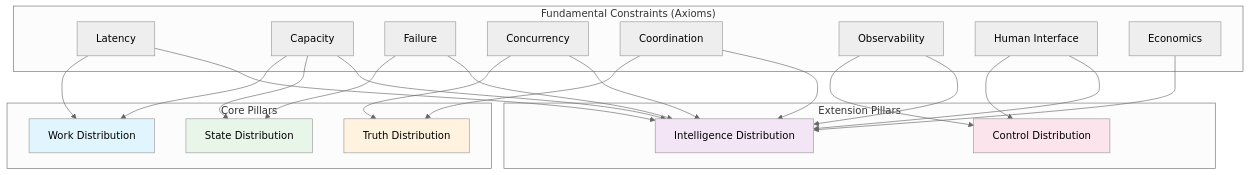
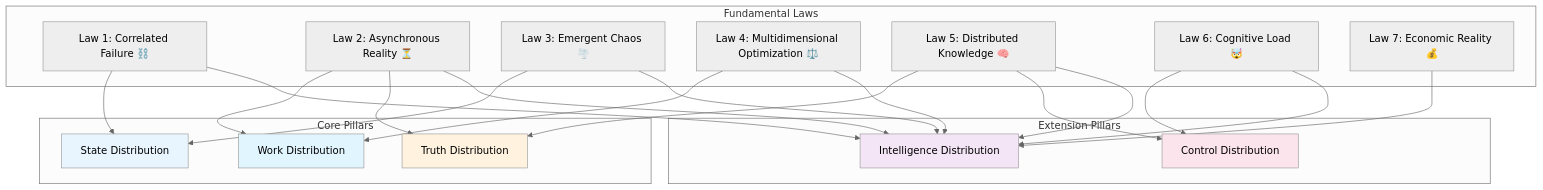
The first of 3 diagrams in docs/part2-pillars/index.md (deepaucksharma/DStudio), drawn with Mermaid (neutral theme) before and after one commit. The commit also changed other lines of this file and 103 other files, not shown here.

````diff
--- a/docs/part2-pillars/index.md
+++ b/docs/part2-pillars/index.md
@@ -51,36 +50,35 @@
 ```mermaid
 graph TD
-    subgraph "Fundamental Constraints (Axioms)"
-        A1[Latency]
-        A2[Capacity]
-        A3[Failure]
-        A4[Concurrency]
-        A5[Coordination]
-        A6[Observability]
-        A7[Human Interface]
-        A8[Economics]
+    subgraph "Fundamental Laws"
+        L1[Law 1: Correlated Failure ⛓️]
+        L2[Law 2: Asynchronous Reality ⏳]
+        L3[Law 3: Emergent Chaos 🌪️]
+        L4[Law 4: Multidimensional Optimization ⚖️]
+        L5[Law 5: Distributed Knowledge 🧠]
+        L6[Law 6: Cognitive Load 🤯]
+        L7[Law 7: Economic Reality 💰]
     end
     
     subgraph "Core Pillars"
         P1[Work Distribution]
         P2[State Distribution]
         P3[Truth Distribution]
     end
     
     subgraph "Extension Pillars"
         P4[Control Distribution]
         P5[Intelligence Distribution]
     end
     
-    A1 & A2 --> P1
-    A2 & A3 --> P2
-    A4 & A5 --> P3
-    A6 & A7 --> P4
-    A1 & A2 & A3 & A4 & A5 & A6 & A7 & A8 --> P5
+    L2 & L4 --> P1
+    L1 & L3 --> P2
+    L2 & L5 --> P3
+    L5 & L6 --> P4
+    L1 & L2 & L3 & L4 & L5 & L6 & L7 --> P5
     
     style P1 fill:#e1f5fe
-    style P2 fill:#e8f5e9
+    style P2 fill:#e8f5fe
     style P3 fill:#fff3e0
     style P4 fill:#fce4ec
     style P5 fill:#f3e5f5
 ```
````
